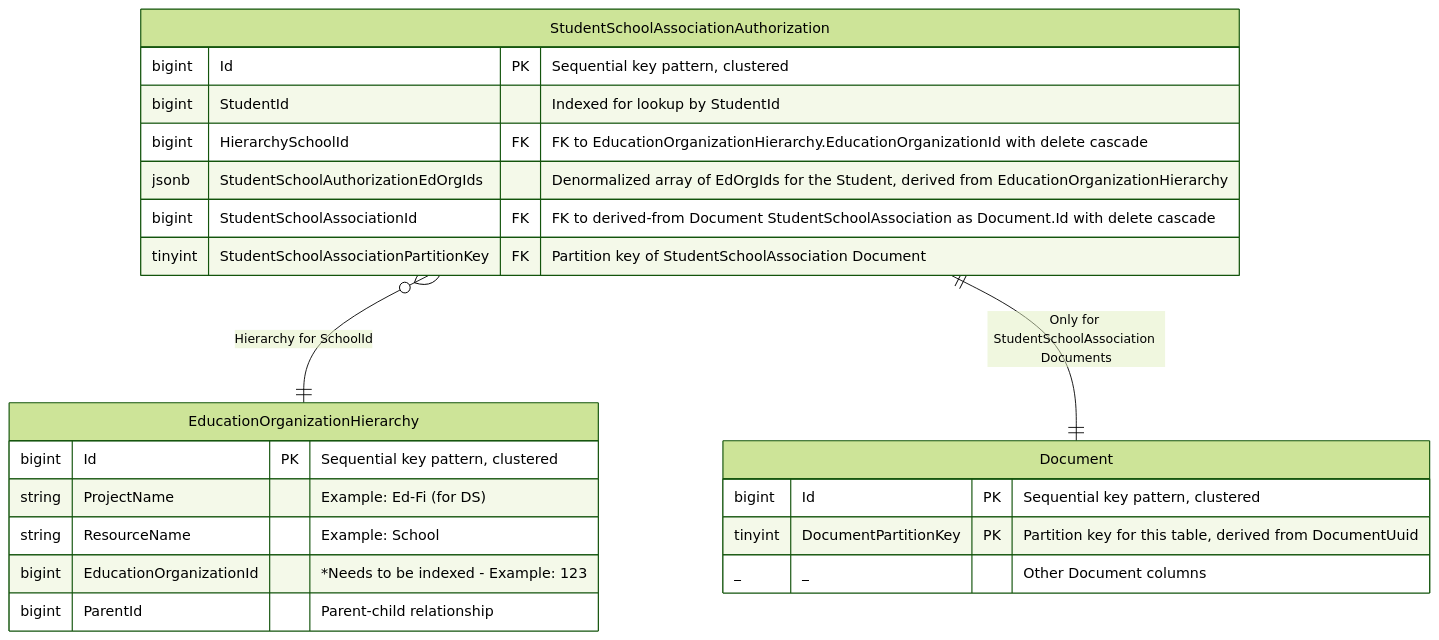
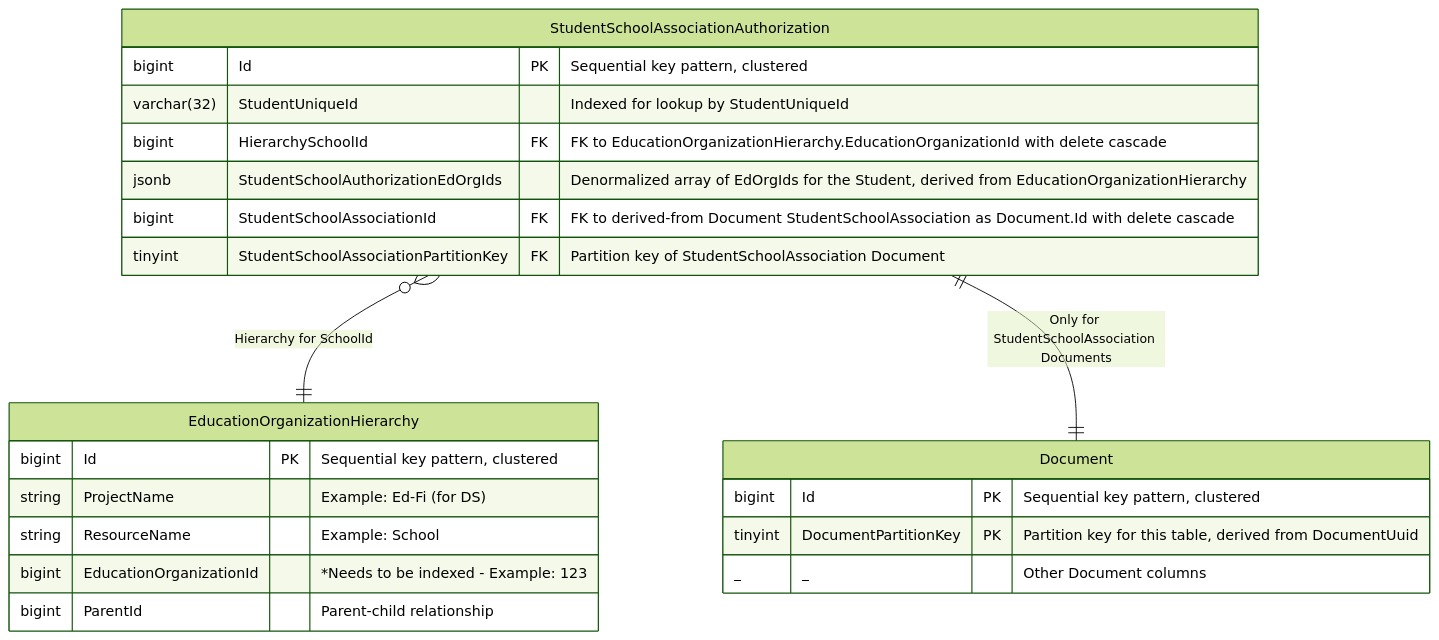
Before and after one commit to Ed-Fi-Alliance-OSS/Project-Tanager: the first of 2 diagrams in docs/DMS/AUTHORIZATION/DOCUMENT-AUTHORIZATION/STUDENT-EDORG-AUTHORIZATION.md, drawn with Mermaid (forest theme). The commit also changed other lines of this file, not shown here.

Commit message:
[DMS-584] align Student-securable

````diff
--- a/docs/DMS/AUTHORIZATION/DOCUMENT-AUTHORIZATION/STUDENT-EDORG-AUTHORIZATION.md
+++ b/docs/DMS/AUTHORIZATION/DOCUMENT-AUTHORIZATION/STUDENT-EDORG-AUTHORIZATION.md
@@ -15,25 +15,25 @@
 ```mermaid
 erDiagram
     StudentSchoolAssociationAuthorization o{--|| EducationOrganizationHierarchy : "Hierarchy for SchoolId"
     StudentSchoolAssociationAuthorization ||--|| Document : "Only for StudentSchoolAssociation Documents"
     StudentSchoolAssociationAuthorization {
         bigint Id PK "Sequential key pattern, clustered"
-        bigint StudentId "Indexed for lookup by StudentId"
+        varchar(32) StudentUniqueId "Indexed for lookup by StudentUniqueId"
         bigint HierarchySchoolId FK "FK to EducationOrganizationHierarchy.EducationOrganizationId with delete cascade"
         jsonb StudentSchoolAuthorizationEdOrgIds "Denormalized array of EdOrgIds for the Student, derived from EducationOrganizationHierarchy"
         bigint StudentSchoolAssociationId FK "FK to derived-from Document StudentSchoolAssociation as Document.Id with delete cascade"
         tinyint StudentSchoolAssociationPartitionKey FK "Partition key of StudentSchoolAssociation Document"
     }
     EducationOrganizationHierarchy {
         bigint Id PK "Sequential key pattern, clustered"
         string ProjectName "Example: Ed-Fi (for DS)"
         string ResourceName "Example: School"
         bigint EducationOrganizationId "*Needs to be indexed - Example: 123"
         bigint ParentId "Parent-child relationship"
     }
     Document {
         bigint Id PK "Sequential key pattern, clustered"
         tinyint DocumentPartitionKey PK "Partition key for this table, derived from DocumentUuid"
         _ _ "Other Document columns"
     }
 ```
````
